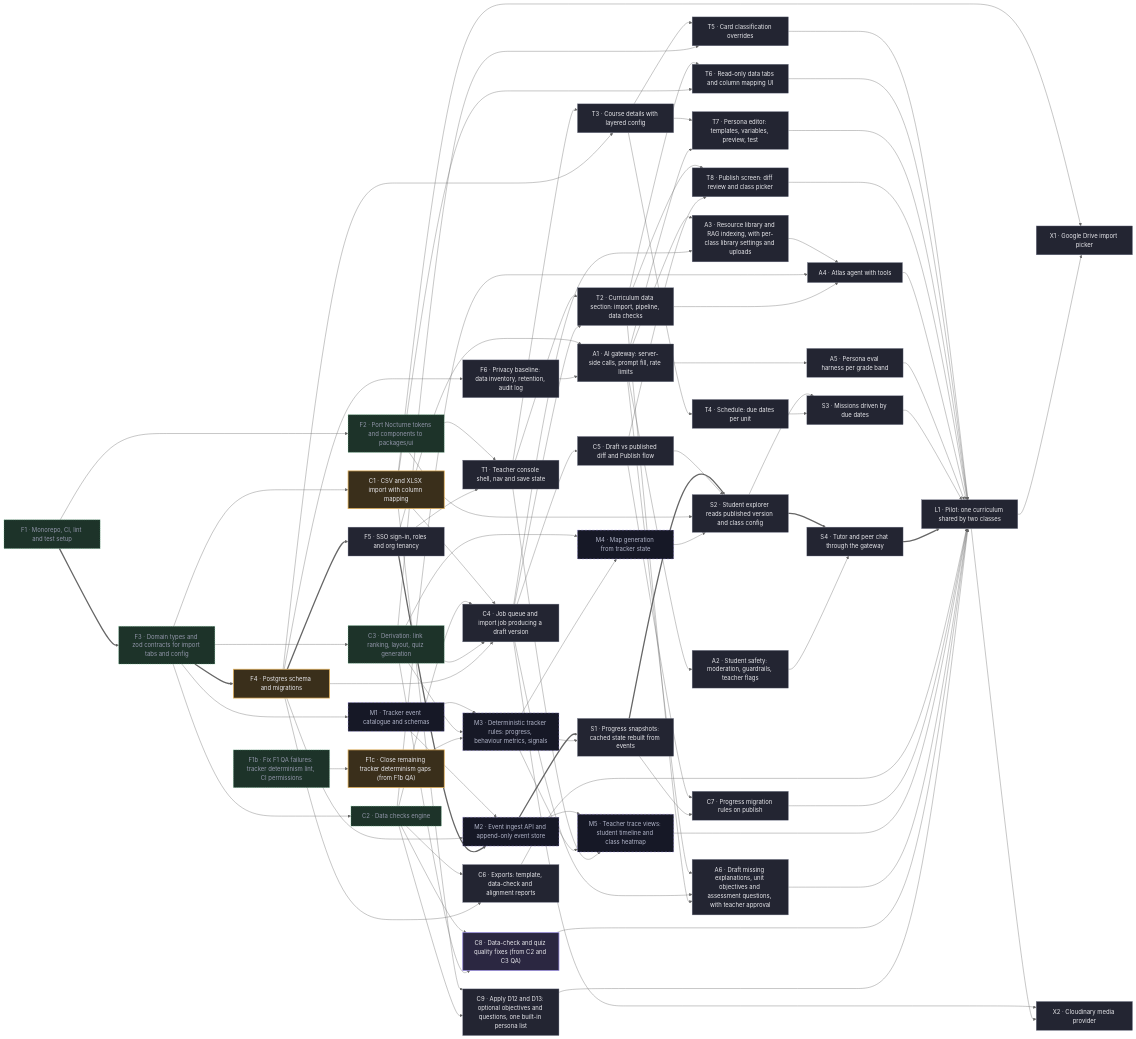
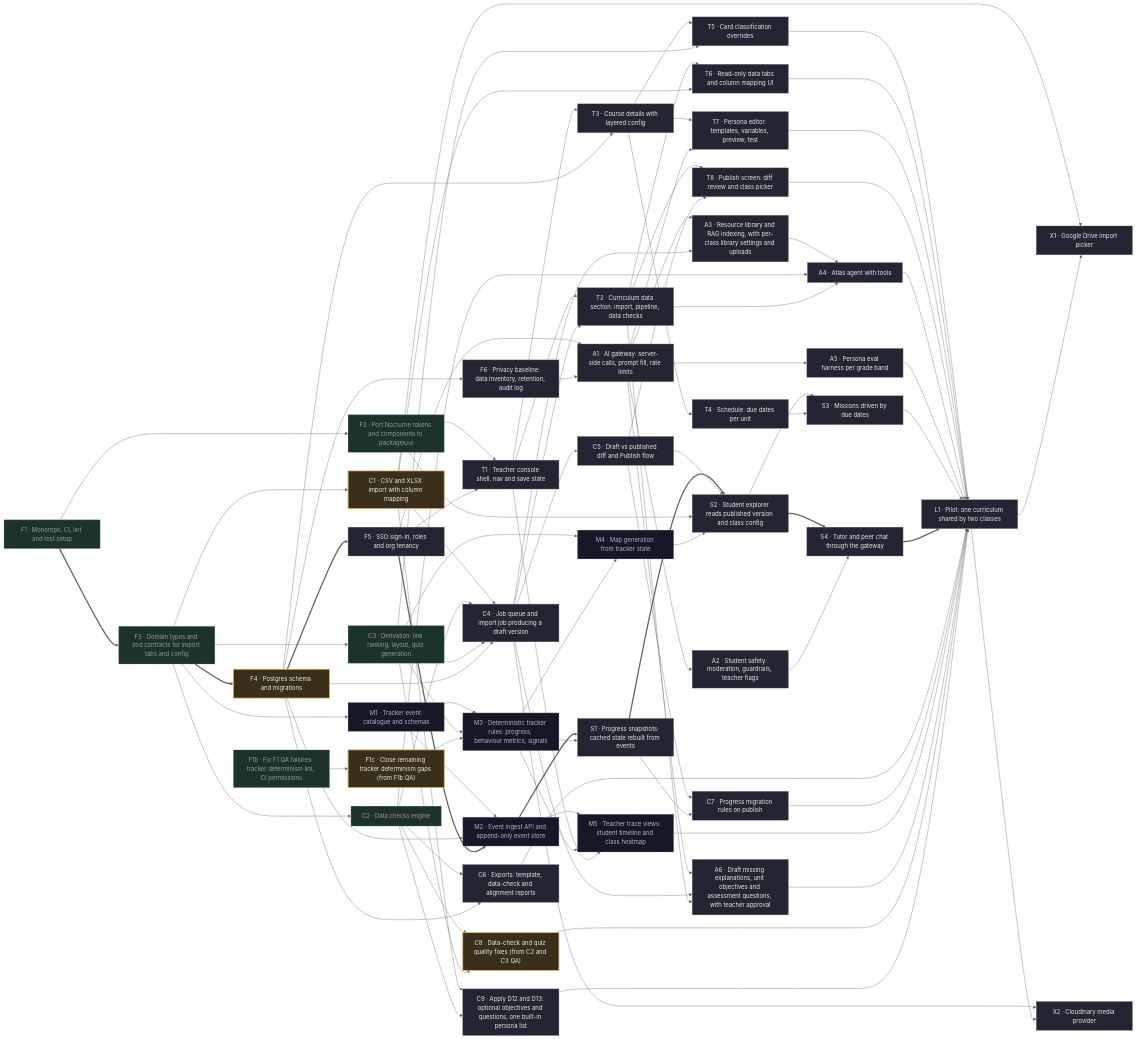
One commit to tenkevin/mind-your-tutor changed the diagram in docs/PLAN.md. Above: the diagram before and after it, drawn with Mermaid (neutral theme). The commit also changed other lines of this file and 1 other file, not shown here.

First line of the commit message:
plan: C8 in review (PR #11)

````diff
--- a/docs/PLAN.md
+++ b/docs/PLAN.md
@@ -220,8 +220,7 @@
   classDef done fill:#1d3329,stroke:#6fcf97,color:#9397ab,stroke-dasharray:3 3
   classDef spec fill:#161826,stroke:#968ae0,color:#b2b6ca,stroke-dasharray:6 4
   class F5,F6,C4,C5,C6,C7,C9,T1,T2,T3,T4,T5,T6,T7,T8,A1,A2,A3,A4,A5,A6,S1,S2,S3,S4,L1,X1,X2 todo
-  class C8 doing
-  class F1c,F4,C1 review
+  class F1c,F4,C1,C8 review
   class F1,F1b,F2,F3,C2,C3 done
   class M1,M2,M3,M4,M5 spec
 ```
````
